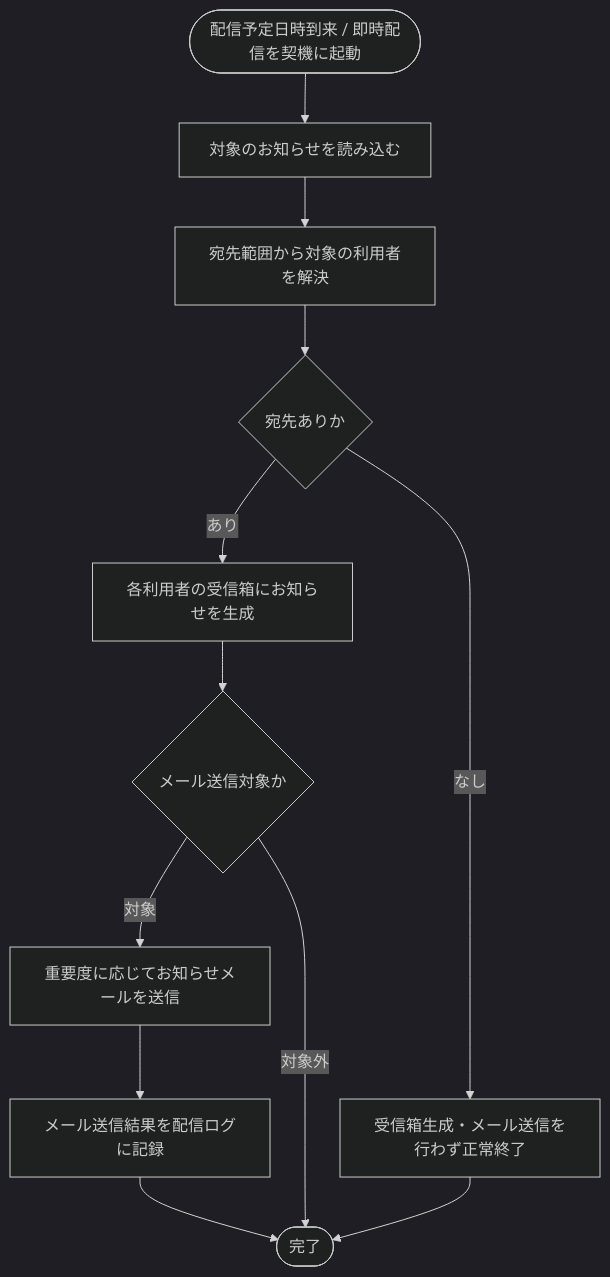
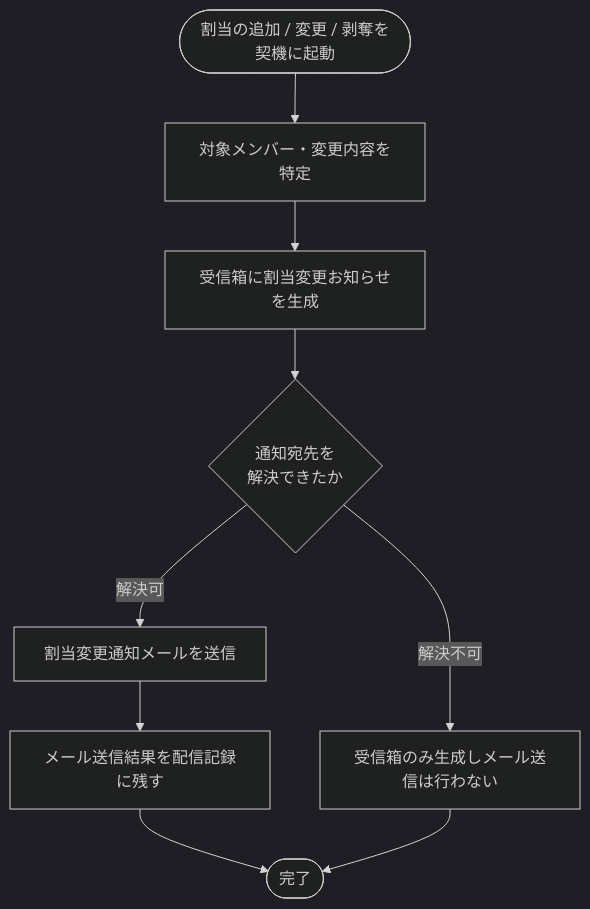
The diagram in 02_basic_design/02_backend/01_system/SYS-024.md (sikakou54/open-faq), drawn with Mermaid (dark theme) before and after one commit. The commit also changed other lines of this file and 395 other files, not shown here.

````diff
--- a/02_basic_design/02_backend/01_system/SYS-024.md
+++ b/02_basic_design/02_backend/01_system/SYS-024.md
@@ -26,14 +25,11 @@
 ```mermaid
 flowchart TB
-  S([配信予定日時到来 / 即時配信を契機に起動]) --> A[対象のお知らせを読み込む]
-  A --> B[宛先範囲から対象の利用者を解決]
-  B --> C{宛先ありか}
-  C -- あり --> D[各利用者の受信箱にお知らせを生成]
-  D --> E{メール送信対象か}
-  E -- 対象 --> F[重要度に応じてお知らせメールを送信]
-  F --> G[メール送信結果を配信ログに記録]
-  G --> H([完了])
-  E -- 対象外 --> H
-  C -- なし --> I[受信箱生成・メール送信を行わず正常終了]
-  I --> H
+  S([割当の追加 / 変更 / 剥奪を契機に起動]) --> A[対象メンバー・変更内容を特定]
+  A --> B[受信箱に割当変更お知らせを生成]
+  B --> C{通知宛先を<br/>解決できたか}
+  C -- 解決可 --> D[割当変更通知メールを送信]
+  D --> E[メール送信結果を配信記録に残す]
+  C -- 解決不可 --> F[受信箱のみ生成しメール送信は行わない]
+  E --> G([完了])
+  F --> G
 ```
````
